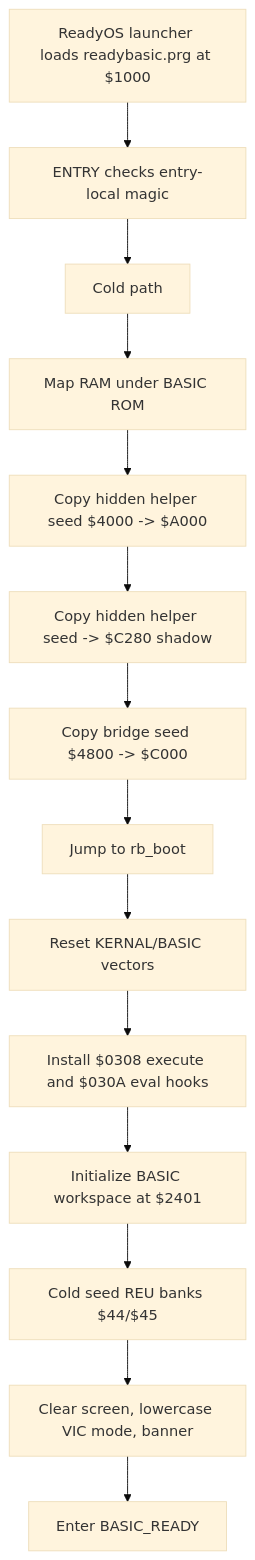
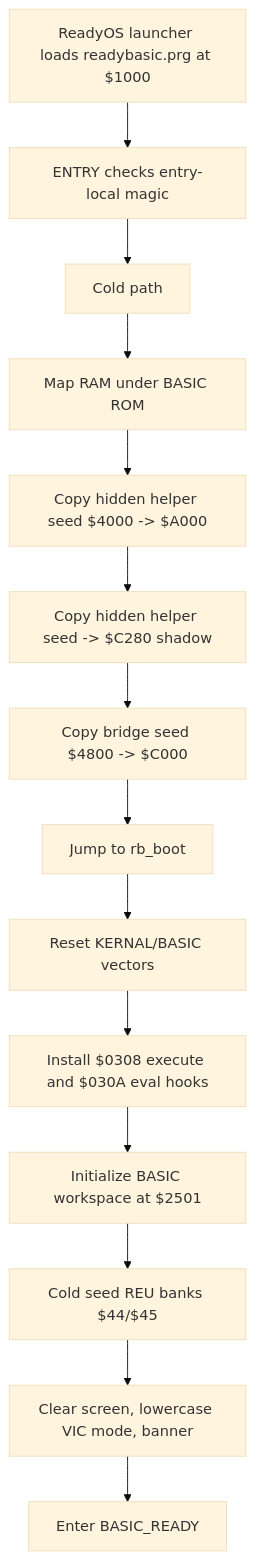
The fourth of 8 diagrams in src/apps/readybasic/READYBASIC_LIFECYCLE_AND_REU_ARCHITECTURE.md (123Onetwothree123/6502), drawn with Mermaid (base theme) before and after one commit. The commit also changed other lines of this file and 15 other files, not shown here.

````diff
--- a/src/apps/readybasic/READYBASIC_LIFECYCLE_AND_REU_ARCHITECTURE.md
+++ b/src/apps/readybasic/READYBASIC_LIFECYCLE_AND_REU_ARCHITECTURE.md
@@ -304,19 +304,19 @@
 ```mermaid
 flowchart TD
   L["ReadyOS launcher loads readybasic.prg at $1000"]
   E["ENTRY checks entry-local magic"]
   C["Cold path"]
   H1["Map RAM under BASIC ROM"]
   H2["Copy hidden helper seed $4000 -> $A000"]
   H3["Copy hidden helper seed -> $C280 shadow"]
   B1["Copy bridge seed $4800 -> $C000"]
   RB["Jump to rb_boot"]
   V["Reset KERNAL/BASIC vectors"]
   I["Install $0308 execute and $030A eval hooks"]
-  W["Initialize BASIC workspace at $2401"]
+  W["Initialize BASIC workspace at $2501"]
   S["Cold seed REU banks $44/$45"]
   P["Clear screen, lowercase VIC mode, banner"]
   R["Enter BASIC_READY"]
 
   L --> E --> C --> H1 --> H2 --> H3 --> B1 --> RB --> V --> I --> W --> S --> P --> R
 ```
````
